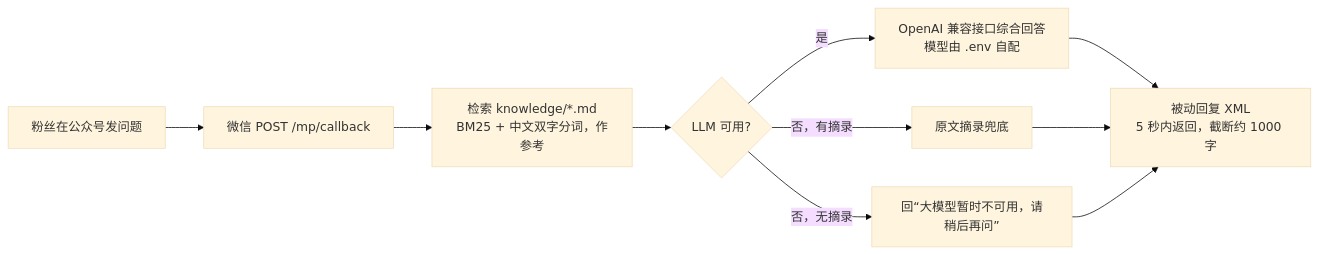
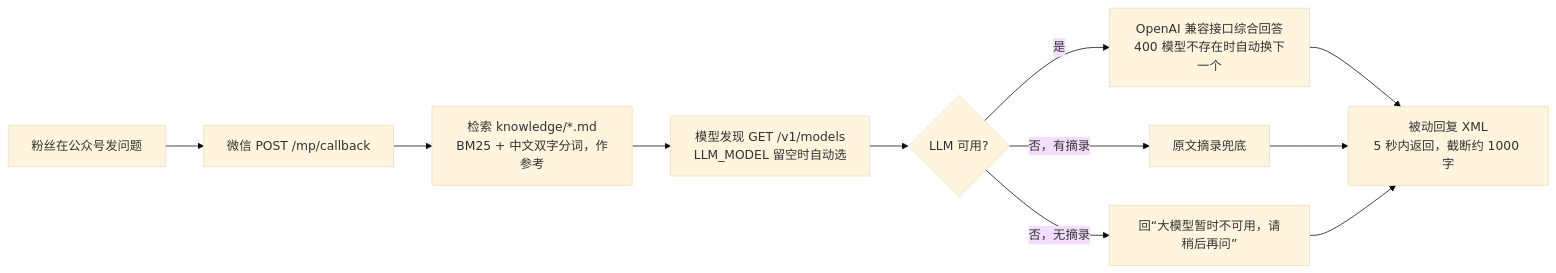
Before and after one commit to wdw6733/mp-rag-bot: the diagram in README.md, drawn with Mermaid (base theme). The commit also changed other lines of this file, not shown here.

Commit message:
mp-rag-bot v1.2.0: auto model selection (LLM_MODEL blank = auto-discover via /v1/models, 400 model-not-found retries next model, total 4s budget)

````diff
--- a/README.md
+++ b/README.md
@@ -11,12 +11,13 @@
 ```mermaid
 flowchart LR
     A[粉丝在公众号发问题] --> B[微信 POST /mp/callback]
     B --> C[检索 knowledge/*.md<br/>BM25 + 中文双字分词，作参考]
-    C --> D{LLM 可用?}
-    D -->|是| E[OpenAI 兼容接口综合回答<br/>模型由 .env 自配]
-    D -->|否，有摘录| F[原文摘录兜底]
-    D -->|否，无摘录| H[回“大模型暂时不可用，请稍后再问”]
-    E --> G[被动回复 XML<br/>5 秒内返回，截断约 1000 字]
-    F --> G
-    H --> G
+    C --> D[模型发现 GET /v1/models<br/>LLM_MODEL 留空时自动选]
+    D --> E{LLM 可用?}
+    E -->|是| F[OpenAI 兼容接口综合回答<br/>400 模型不存在时自动换下一个]
+    E -->|否，有摘录| G[原文摘录兜底]
+    E -->|否，无摘录| H[回“大模型暂时不可用，请稍后再问”]
+    F --> I[被动回复 XML<br/>5 秒内返回，截断约 1000 字]
+    G --> I
+    H --> I
 ```
````
